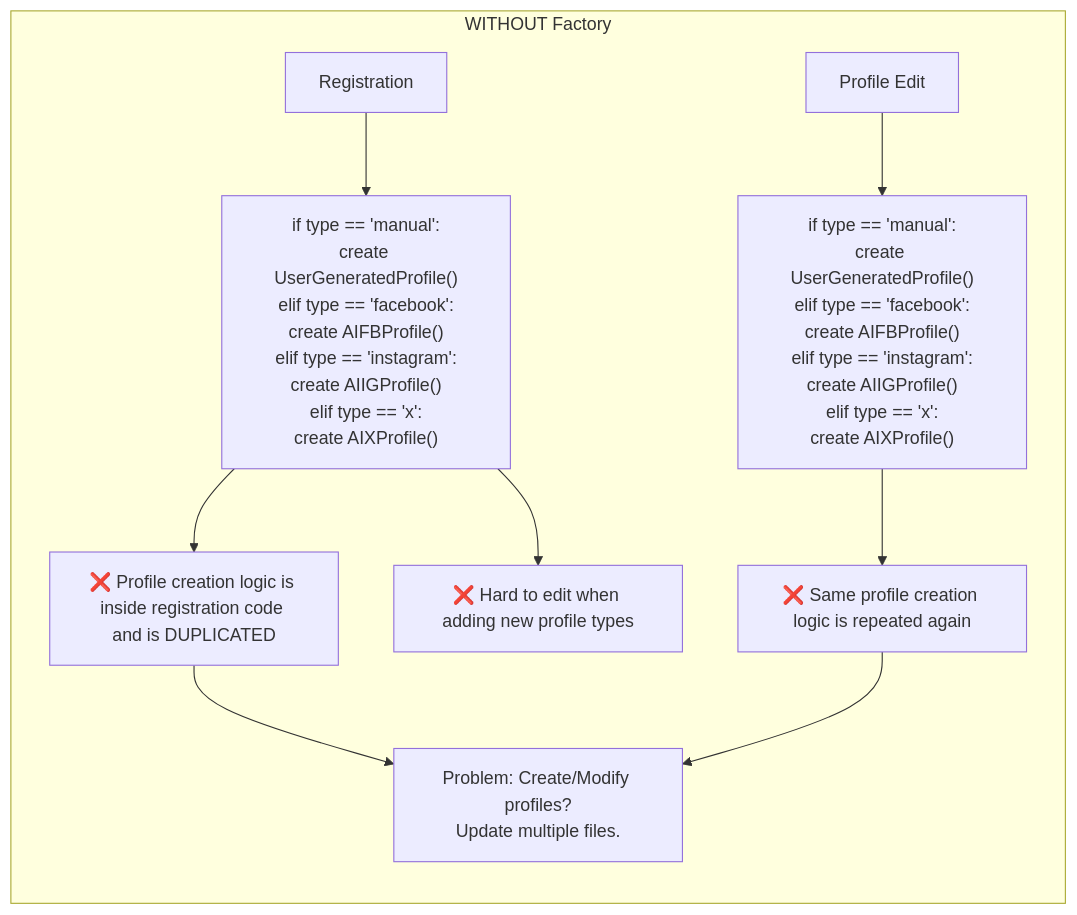
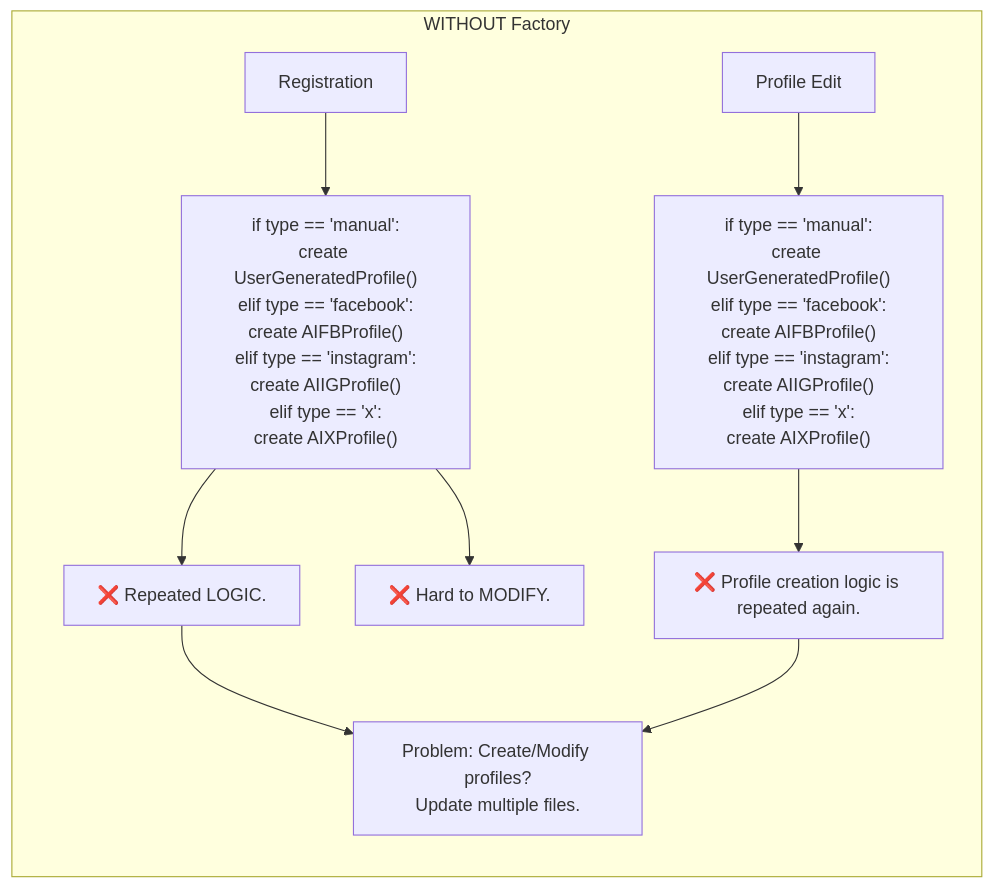
Before and after one commit to NellePot/FirstRepository: the diagram in README.md, drawn with Mermaid.

````diff
--- a/README.md
+++ b/README.md
@@ -5,18 +5,18 @@
 ```mermaid
 flowchart TB
     subgraph W["WITHOUT Factory"]
         direction TB
 
         A[Registration] --> B["if type == 'manual':<br/>create UserGeneratedProfile()<br/>elif type == 'facebook':<br/>create AIFBProfile()<br/>elif type == 'instagram':<br/>create AIIGProfile()<br/>elif type == 'x':<br/>create AIXProfile()"]
 
-        B --> C["❌ Profile creation logic is inside registration code and is DUPLICATED"]
-        B --> D["❌ Hard to edit when adding new profile types"]
+        B --> C["❌ Repeated LOGIC."]
+        B --> D["❌ Hard to MODIFY."]
 
         E[Profile Edit] --> F["if type == 'manual':<br/>create UserGeneratedProfile()<br/>elif type == 'facebook':<br/>create AIFBProfile()<br/>elif type == 'instagram':<br/>create AIIGProfile()<br/>elif type == 'x':<br/>create AIXProfile()"]
 
-        F --> G["❌ Same profile creation logic is repeated again"]
+        F --> G["❌ Profile creation logic is repeated again."]
 
         C --> H["Problem: Create/Modify profiles?<br/>Update multiple files."]
         G --> H
     end
 ```
````
